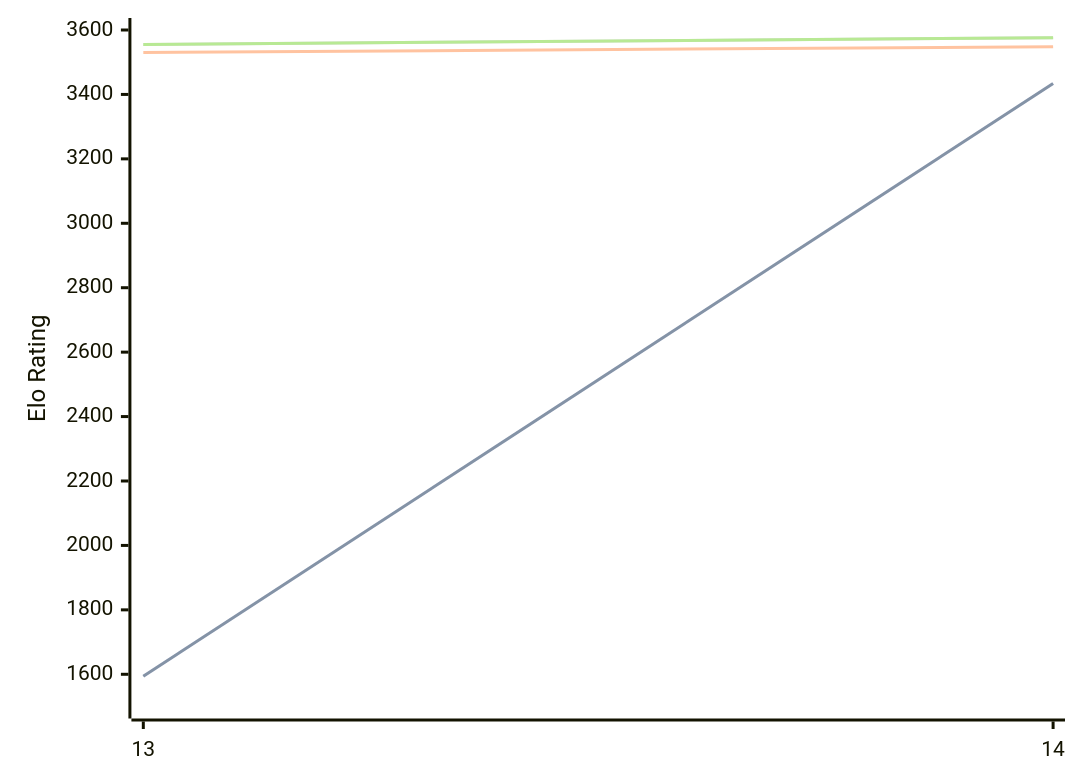
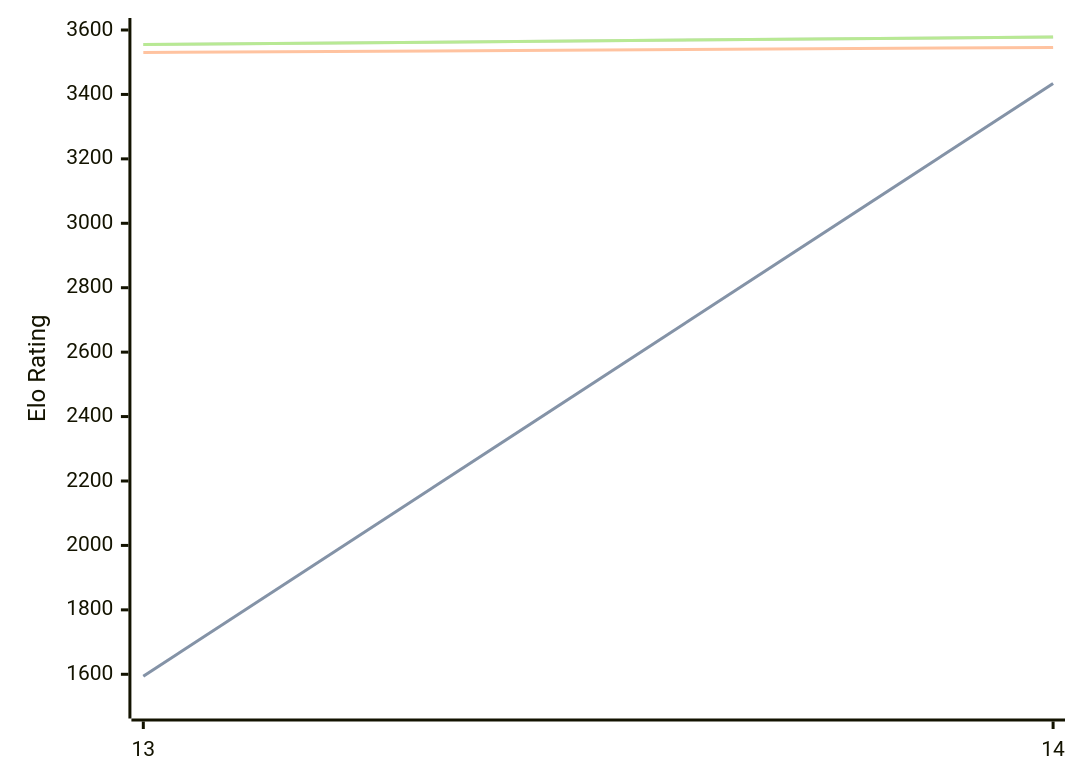
The diagram in engines/Berserk.md (computer-chess-index/cci), drawn with Mermaid before and after one commit. The commit also changed other lines of this file, not shown here.

Commit message:
Update CCI Ratings (ELO VLTC) - 2026-09-08

````diff
--- a/engines/Berserk.md
+++ b/engines/Berserk.md
@@ -33,11 +33,11 @@
 ```mermaid
 %%{init: {"theme":"base","themeVariables":{"seriesColors:['#a3a3a3','#222221','#faa371']}}}%%
 xychart-beta
   x-axis ["13", "14"]
   y-axis "Elo Rating" 1500 --> 3600
   line "" [1594, 3434]
   line "STC (8.0+0.08s)" [1594, 3434]
-  line "LTC (60.0+0.60s)" [3530, 3548]
-  line "" [3555, 3576]
-  line "VLTC (2m24s+1.12s)" [3555, 3576]
+  line "LTC (60.0+0.60s)" [3530, 3546]
+  line "" [3555, 3578]
+  line "VLTC (2m24s+1.12s)" [3555, 3578]
 ```
````
